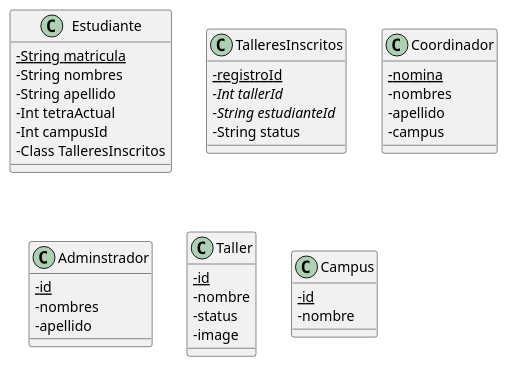
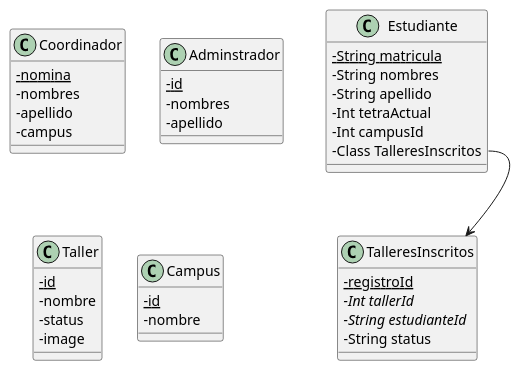
One commit to facund015/codeRelatedObsidianNotes changed the diagram in Reto/Base de datos.md. Above: the diagram before and after it, drawn with PlantUML.

Commit message:
vault backup: 2021-10-12 12:20:04

````diff
--- a/Reto/Base de datos.md
+++ b/Reto/Base de datos.md
@@ -2,46 +2,48 @@
 ```plantuml
 @startuml
 skinparam classAttributeIconSize 0
 class Estudiante {
 	{static} - String matricula
 	-String nombres
 	-String apellido
 	-Int tetraActual
 	-Int campusId
 	-Class TalleresInscritos
 }
 
 class TalleresInscritos {
 	{static} -registroId 
 	{abstract} -Int tallerId
 	{abstract} -String estudianteId
 	-String status
 }
 
 class Coordinador {
 	{static} -nomina
 	-nombres
 	-apellido
 	-campus
 }
 
 class Adminstrador {
 	{static} -id
 	-nombres
 	-apellido
 }
 
 class Taller {
     {static} - id 
     - nombre
     - status
     - image
 }
 
 class Campus {
 	{static} -id
 	-nombre
 }
 
+Estudiante::TalleresInscritos -->  TalleresInscritos
+
 @enduml
 ```
````
